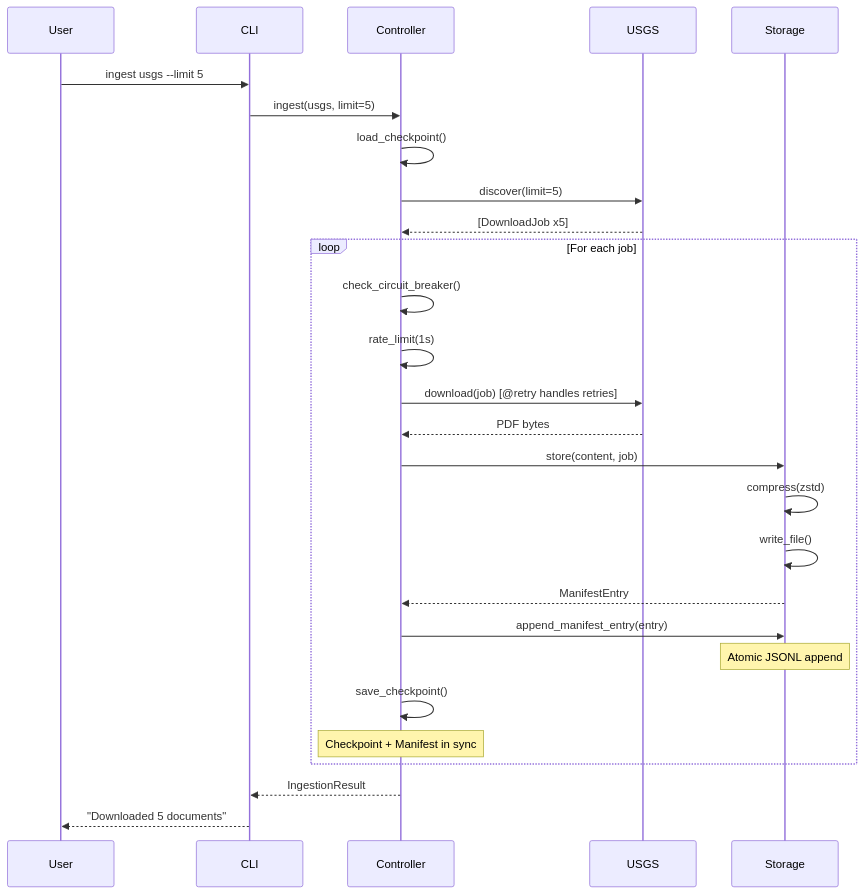
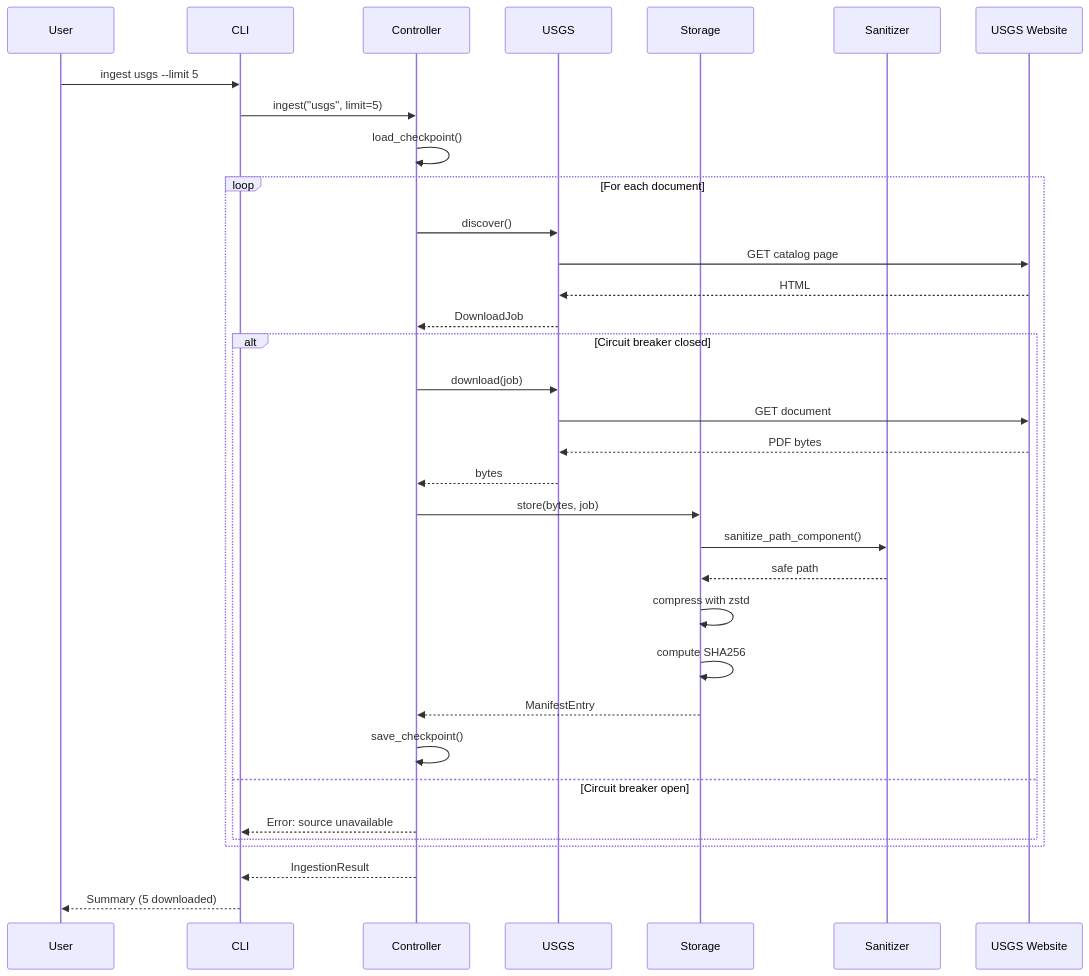
Before and after one commit to martymcenroe/RCA-PDF-extraction-pipeline: the second of 2 diagrams in docs/lineage/active/23-lld/004-draft.md, drawn with Mermaid. The commit also changed other lines of this file and 13 other files, not shown here.

````diff
--- a/docs/lineage/active/23-lld/004-draft.md
+++ b/docs/lineage/active/23-lld/004-draft.md
@@ -503,32 +537,42 @@
 ```mermaid
 sequenceDiagram
     participant User
     participant CLI
     participant Controller
     participant USGS
     participant Storage
+    participant Sanitizer
+    participant Web as USGS Website
 
     User->>CLI: ingest usgs --limit 5
-    CLI->>Controller: ingest(usgs, limit=5)
+    CLI->>Controller: ingest("usgs", limit=5)
     Controller->>Controller: load_checkpoint()
-    Controller->>USGS: discover(limit=5)
-    USGS-->>Controller: [DownloadJob x5]
     
-    loop For each job
-        Controller->>Controller: check_circuit_breaker()
-        Controller->>Controller: rate_limit(1s)
-        Controller->>USGS: download(job) [@retry handles retries]
-        USGS-->>Controller: PDF bytes
-        Controller->>Storage: store(content, job)
-        Storage->>Storage: compress(zstd)
-        Storage->>Storage: write_file()
-        Storage-->>Controller: ManifestEntry
-        Controller->>Storage: append_manifest_entry(entry)
-        Note over Storage: Atomic JSONL append
-        Controller->>Controller: save_checkpoint()
-        Note over Controller: Checkpoint + Manifest in sync
+    loop For each document
+        Controller->>USGS: discover()
+        USGS->>Web: GET catalog page
+        Web-->>USGS: HTML
+        USGS-->>Controller: DownloadJob
+        
+        alt Circuit breaker closed
+            Controller->>USGS: download(job)
+            USGS->>Web: GET document
+            Web-->>USGS: PDF bytes
+            USGS-->>Controller: bytes
+            
+            Controller->>Storage: store(bytes, job)
+            Storage->>Sanitizer: sanitize_path_component()
+            Sanitizer-->>Storage: safe path
+            Storage->>Storage: compress with zstd
+            Storage->>Storage: compute SHA256
+            Storage-->>Controller: ManifestEntry
+            
+            Controller->>Controller: save_checkpoint()
+        else Circuit breaker open
+            Controller-->>CLI: Error: source unavailable
+        end
     end
     
     Controller-->>CLI: IngestionResult
-    CLI-->>User: "Downloaded 5 documents"
+    CLI-->>User: Summary (5 downloaded)
 ```
````
